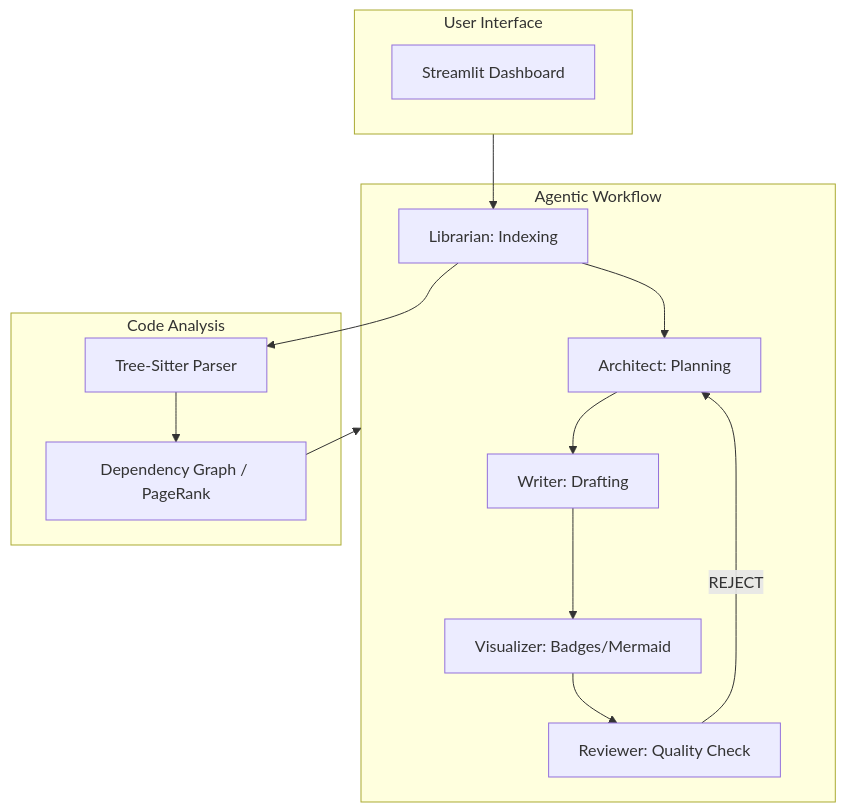
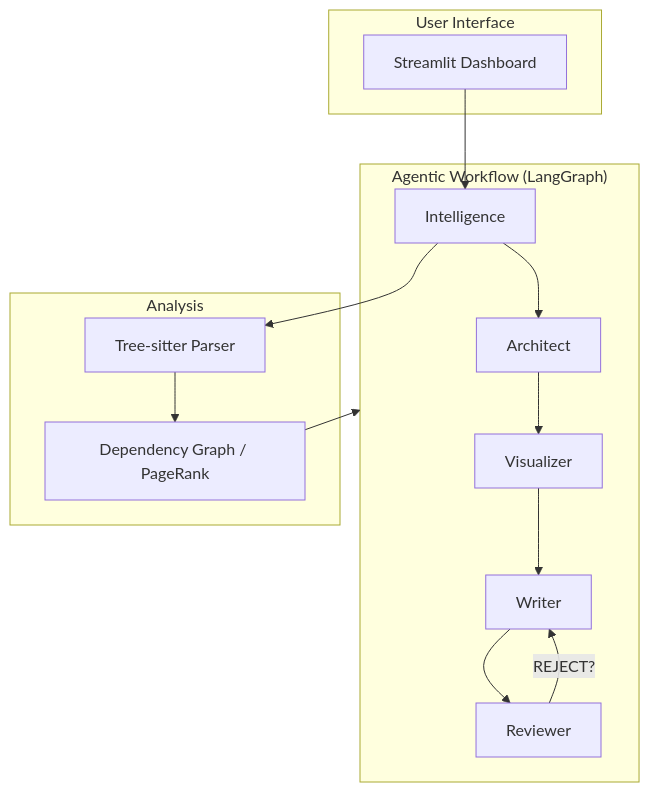
One commit to mushfiqk47/GithubReadme-Generator changed the diagram in README.md. Above: the diagram before and after it, drawn with Mermaid. The commit also changed other lines of this file and 3 other files, not shown here.

````diff
--- a/README.md
+++ b/README.md
@@ -43,25 +105,24 @@
 ```mermaid
 flowchart TD
-    subgraph UI [User Interface]
-        direction LR
-        S[Streamlit Dashboard]
+    subgraph UI ["User Interface"]
+        S["Streamlit Dashboard"]
     end
 
-    subgraph Core [Agentic Workflow]
-        L[Librarian: Indexing] --> A[Architect: Planning]
-        A --> W[Writer: Drafting]
-        W --> V[Visualizer: Badges/Mermaid]
-        V --> R[Reviewer: Quality Check]
-        R -- REJECT --> A
+    subgraph Core ["Agentic Workflow (LangGraph)"]
+        I["Intelligence"] --> A["Architect"]
+        A --> V["Visualizer"]
+        V --> W["Writer"]
+        W --> R["Reviewer"]
+        R -- "REJECT?" --> W
     end
 
-    subgraph Engine [Code Analysis]
-        P[Tree-Sitter Parser]
-        G[Dependency Graph / PageRank]
+    subgraph Engine ["Analysis"]
+        P["Tree-sitter Parser"]
+        G["Dependency Graph / PageRank"]
     end
 
-    S --> L
-    L --> P
+    S --> I
+    I --> P
     P --> G
     G --> Core
 ```
````
